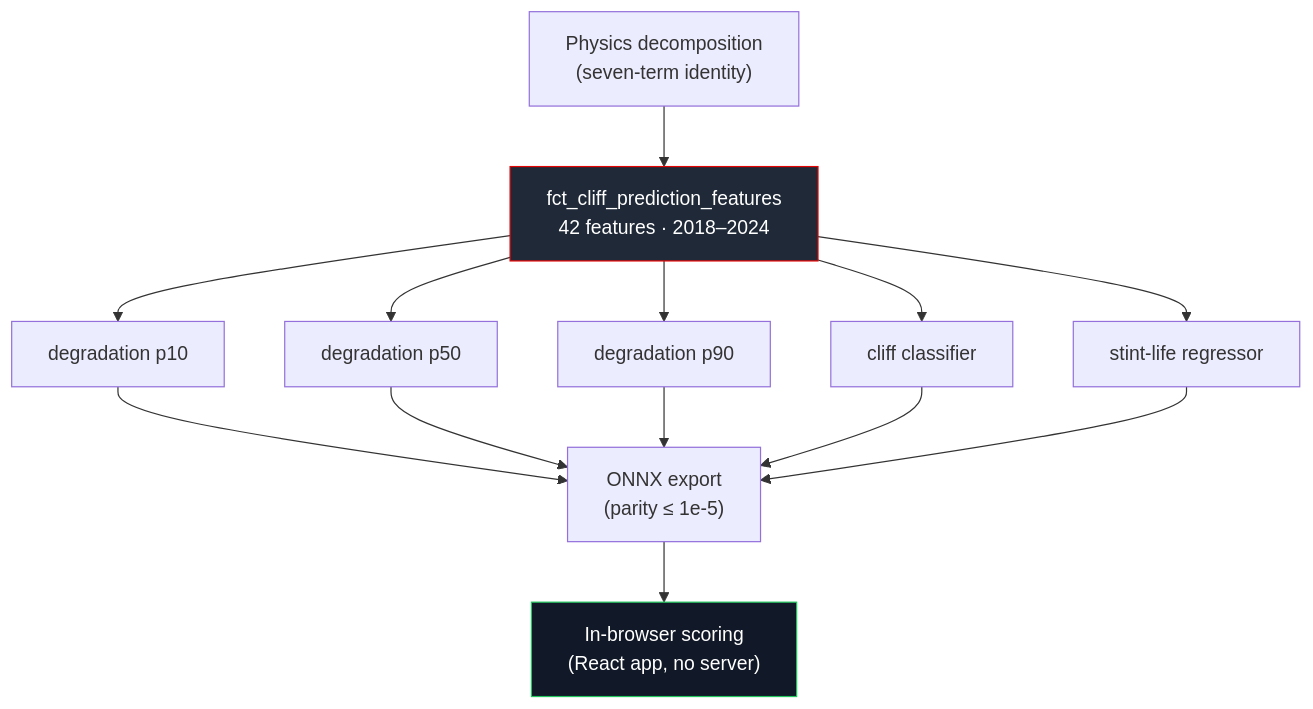
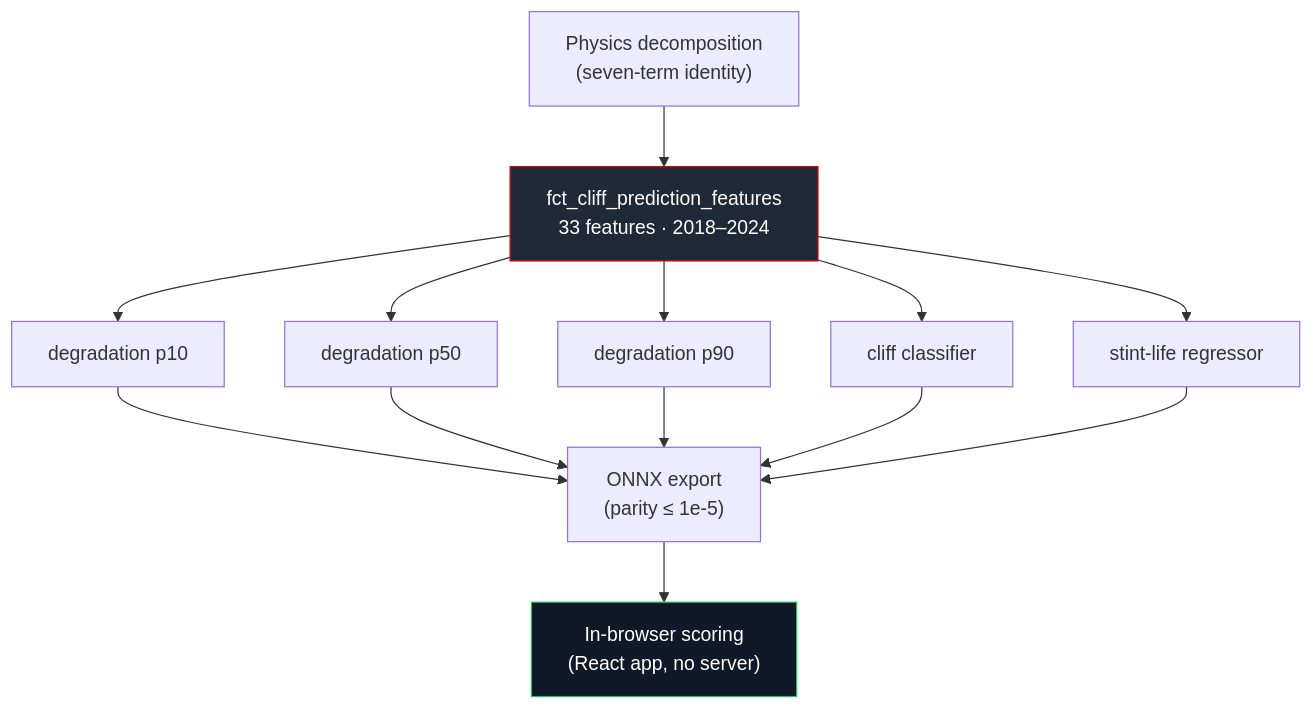
One commit to JustinClarke/off-the-pace changed the diagram in docs/ml/overview.mdx. Above: the diagram before and after it, drawn with Mermaid. The commit also changed other lines of this file and 185 other files, not shown here.

````diff
--- a/docs/ml/overview.mdx
+++ b/docs/ml/overview.mdx
@@ -64,16 +64,16 @@
 ```mermaid
 flowchart TD
-    A["Physics decomposition<br/>(seven-term identity)"] --> B["fct_cliff_prediction_features<br/>42 features · 2018–2024"]
+    A["Physics decomposition<br/>(seven-term identity)"] --> B["fct_cliff_prediction_features<br/>33 features · 2018–2024"]
     B --> C1["degradation p10"]
     B --> C2["degradation p50"]
     B --> C3["degradation p90"]
     B --> C4["cliff classifier"]
     B --> C5["stint-life regressor"]
     C1 & C2 & C3 & C4 & C5 --> D["ONNX export<br/>(parity ≤ 1e-5)"]
     D --> E["In-browser scoring<br/>(React app, no server)"]
 
     classDef mart fill:#1f2937,stroke:#e40404,color:#fff;
     classDef ship fill:#111827,stroke:#22c55e,color:#fff;
     class B mart;
     class E ship;
 ```
````
